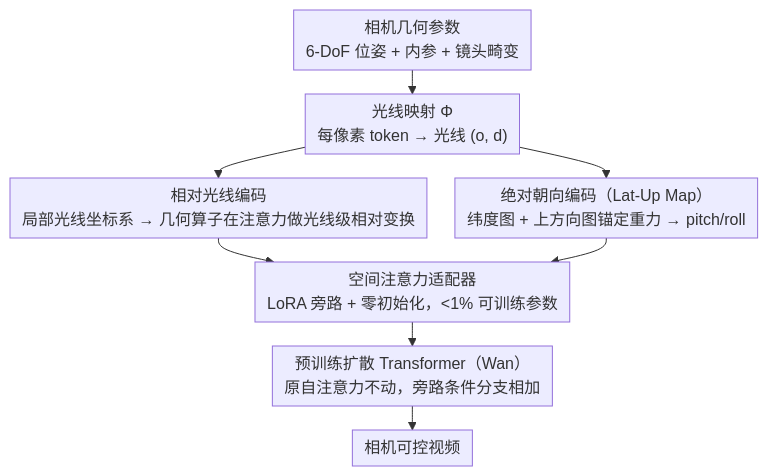
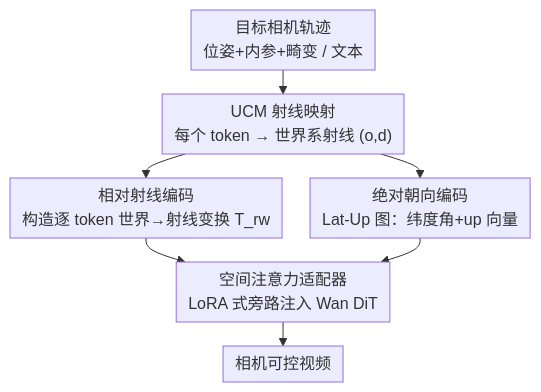
The diagram in docs/CVPR2026/video_generation/unified_camera_positional_encoding_for_controlled_video_generation.md (M0rtzz/Paper-Notes), drawn with Mermaid before and after one commit. The commit also changed other lines of this file and 16584 other files, not shown here.

````diff
--- a/docs/CVPR2026/video_generation/unified_camera_positional_encoding_for_controlled_video_generation.md
+++ b/docs/CVPR2026/video_generation/unified_camera_positional_encoding_for_controlled_video_generation.md
@@ -43,13 +48,10 @@
 ```mermaid
 %%{init: {'flowchart': {'rankSpacing': 24, 'nodeSpacing': 28, 'padding': 6, 'wrappingWidth': 400}}}%%
 flowchart TD
-    IN["相机几何参数<br/>6-DoF 位姿 + 内参 + 镜头畸变"]
-    RAY["光线映射 Φ<br/>每像素 token → 光线 (o, d)"]
-    IN --> RAY
-    RAY --> REL["相对光线编码<br/>局部光线坐标系 → 几何算子在注意力做光线级相对变换"]
-    RAY --> ABS["绝对朝向编码（Lat-Up Map）<br/>纬度图 + 上方向图锚定重力 → pitch/roll"]
-    REL --> ADP["空间注意力适配器<br/>LoRA 旁路 + 零初始化，<1% 可训练参数"]
-    ABS --> ADP
-    ADP --> DIT["预训练扩散 Transformer（Wan）<br/>原自注意力不动，旁路条件分支相加"]
-    DIT --> OUT["相机可控视频"]
+    A["目标相机轨迹<br/>位姿+内参+畸变 / 文本"] --> B["UCM 射线映射<br/>每个 token → 世界系射线 (o,d)"]
+    B --> C["相对射线编码<br/>构造逐 token 世界→射线变换 T_rw"]
+    B --> D["绝对朝向编码<br/>Lat-Up 图：纬度角+up 向量"]
+    C --> E["空间注意力适配器<br/>LoRA 式旁路注入 Wan DiT"]
+    D --> E
+    E --> F["相机可控视频"]
 ```
````
